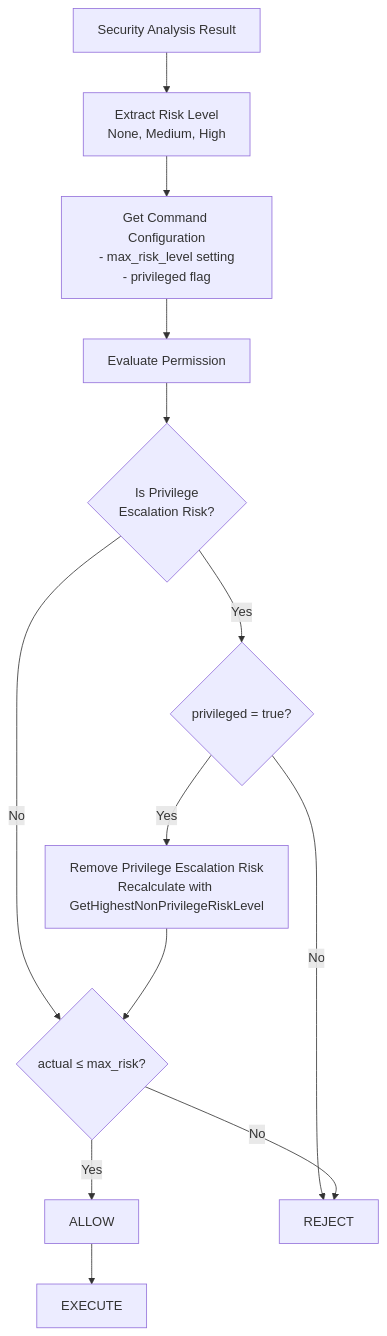
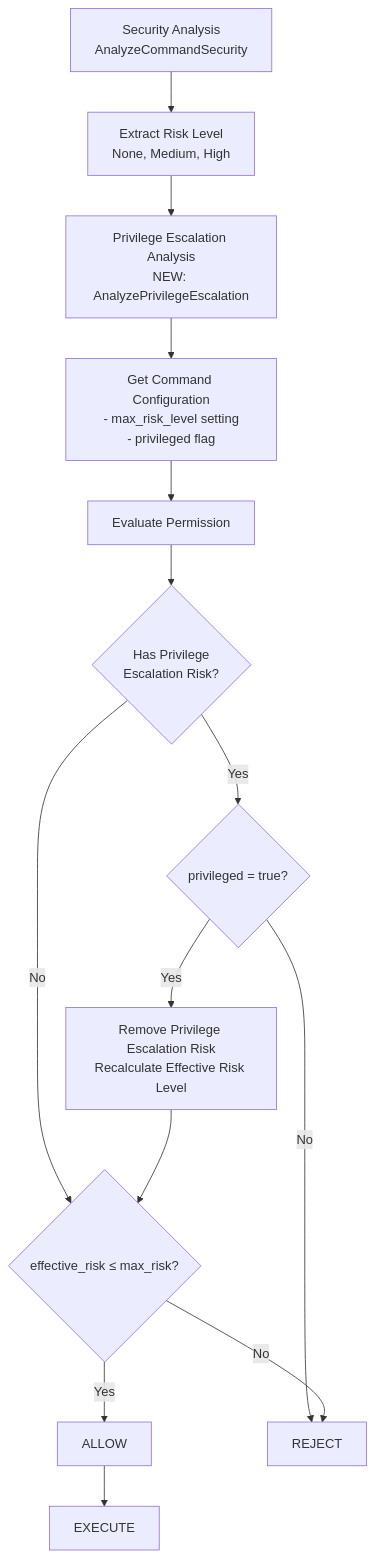
One commit to isseis/go-safe-cmd-runner changed the third of 5 diagrams in docs/tasks/0018_risk_based_command_control/02_architecture.md. Above: the diagram before and after it, drawn with Mermaid. The commit also changed other lines of this file and 1 other file, not shown here.

````diff
--- a/docs/tasks/0018_risk_based_command_control/02_architecture.md
+++ b/docs/tasks/0018_risk_based_command_control/02_architecture.md
@@ -104,27 +105,29 @@
 ```mermaid
 flowchart TD
-    AnalysisResult[Security Analysis Result]
+    SecurityAnalysis[Security Analysis<br/>AnalyzeCommandSecurity]
     ExtractRisk[Extract Risk Level<br/>None, Medium, High]
+    PrivilegeAnalysis[Privilege Escalation Analysis<br/>NEW: AnalyzePrivilegeEscalation]
     GetConfig[Get Command Configuration<br/>- max_risk_level setting<br/>- privileged flag]
     EvaluatePermission[Evaluate Permission]
-    PrivilegeEscalation{Is Privilege<br/>Escalation Risk?}
+    HasPrivilegeRisk{Has Privilege<br/>Escalation Risk?}
     PrivilegedCheck{privileged = true?}
-    RemovePrivilegeRisk[Remove Privilege Escalation Risk<br/>Recalculate with GetHighestNonPrivilegeRiskLevel]
-    RiskCheck{actual ≤ max_risk?}
+    RemovePrivilegeRisk[Remove Privilege Escalation Risk<br/>Recalculate Effective Risk Level]
+    RiskCheck{effective_risk ≤ max_risk?}
     Allow[ALLOW]
     Reject[REJECT]
     Execute[EXECUTE]
 
-    AnalysisResult --> ExtractRisk
-    ExtractRisk --> GetConfig
+    SecurityAnalysis --> ExtractRisk
+    ExtractRisk --> PrivilegeAnalysis
+    PrivilegeAnalysis --> GetConfig
     GetConfig --> EvaluatePermission
-    EvaluatePermission --> PrivilegeEscalation
-    PrivilegeEscalation -->|Yes| PrivilegedCheck
-    PrivilegeEscalation -->|No| RiskCheck
+    EvaluatePermission --> HasPrivilegeRisk
+    HasPrivilegeRisk -->|Yes| PrivilegedCheck
+    HasPrivilegeRisk -->|No| RiskCheck
     PrivilegedCheck -->|Yes| RemovePrivilegeRisk
     PrivilegedCheck -->|No| Reject
     RemovePrivilegeRisk --> RiskCheck
     RiskCheck -->|Yes| Allow
     RiskCheck -->|No| Reject
     Allow --> Execute
 ```
````
